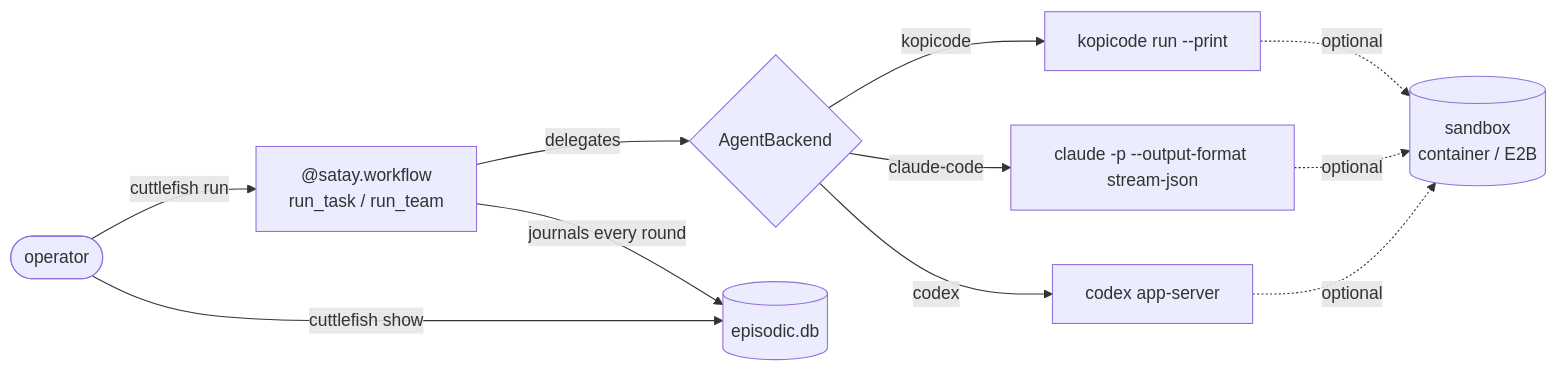
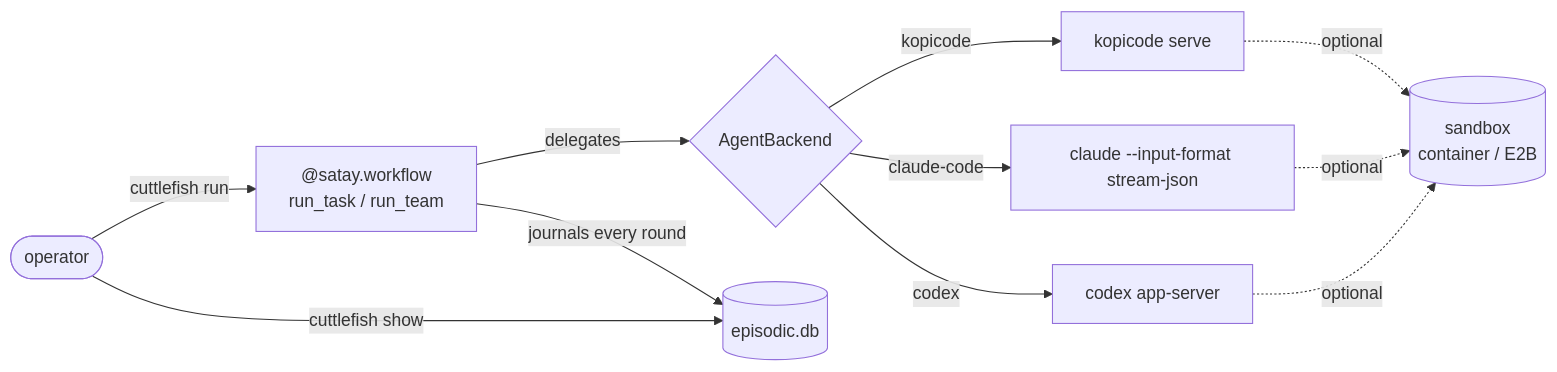
The diagram in docs-site/architecture.md (leejianrong/cuttlefish-crew), drawn with Mermaid before and after one commit. The commit also changed other lines of this file and 2 other files, not shown here.

Commit message:
docs: README and architecture say Claude Code and Codex pause for you on their default transports; AGENTS.md names the board id and the real cost of make test (CUT-110)

````diff
--- a/docs-site/architecture.md
+++ b/docs-site/architecture.md
@@ -15,13 +15,13 @@
 ```mermaid
 flowchart LR
     Operator(["operator"]) -->|cuttlefish run| Workflow["@satay.workflow<br/>run_task / run_team"]
     Workflow -->|delegates| Backend{AgentBackend}
-    Backend -->|kopicode| Kopicode["kopicode run --print"]
-    Backend -->|claude-code| Claude["claude -p --output-format stream-json"]
+    Backend -->|kopicode| Kopicode["kopicode serve"]
+    Backend -->|claude-code| Claude["claude --input-format stream-json"]
     Backend -->|codex| Codex["codex app-server"]
     Kopicode -.->|optional| Sandbox[("sandbox<br/>container / E2B")]
     Claude -.->|optional| Sandbox
     Codex -.->|optional| Sandbox
     Workflow -->|journals every round| Journal[("episodic.db")]
     Operator -->|cuttlefish show| Journal
 ```
````
